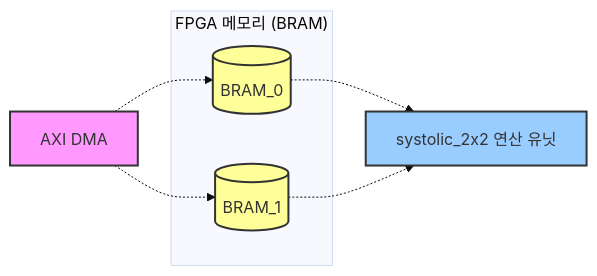
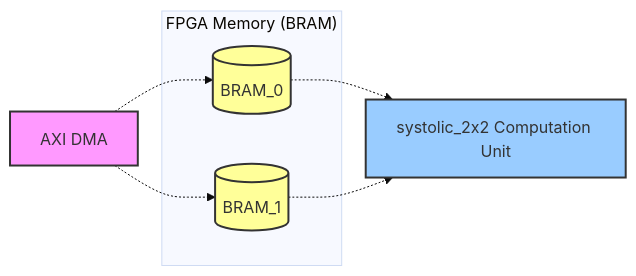
Before and after one commit to hwkim-dev/NPU-FPGA-Transformer-Accelerator-KV260: the first of 3 diagrams in Architecture/Ping-Pong_BRAM_Controller.md, drawn with Mermaid (base theme). The commit also changed other lines of this file and 9 other files, not shown here.

First line of the commit message:
docs: Fix markdown formatting and translate to English in Architecture folder

````diff
--- a/Architecture/Ping-Pong_BRAM_Controller.md
+++ b/Architecture/Ping-Pong_BRAM_Controller.md
@@ -62,22 +79,22 @@
 ```mermaid
 graph LR
     DMA[AXI DMA]:::input
-    
-    subgraph "FPGA 메모리 (BRAM)"
+
+    subgraph "FPGA Memory (BRAM)"
         B0[("BRAM_0")]:::memory
         B1[("BRAM_1")]:::memory
     end
-    
-    SYS[systolic_2x2 연산 유닛]:::logic
 
-    %% 스타일 정의
+    SYS[systolic_2x2 Computation Unit]:::logic
+
+    %% Style definitions
     classDef input fill:#f9f,stroke:#333,stroke-width:2px;
     classDef memory fill:#ff9,stroke:#333,stroke-width:2px;
     classDef logic fill:#9cf,stroke:#333,stroke-width:2px;
 
-    %% 연결선 (개념적)
+    %% Conceptual connections
     DMA -.-> B0
     DMA -.-> B1
     B0 -.-> SYS
     B1 -.-> SYS
 ```
````
